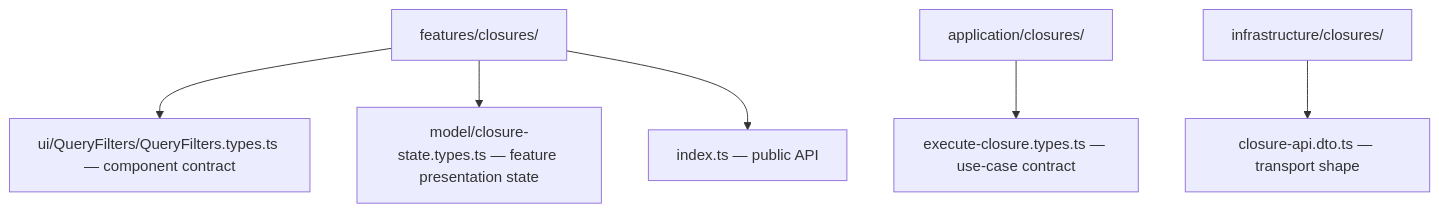
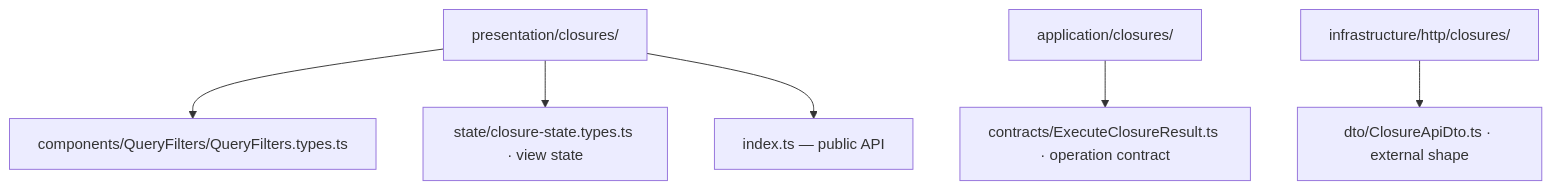
The third of 3 diagrams in foundations/module-boundaries-and-public-apis.md (AndresTaoFlorez/software-architecture), drawn with Mermaid before and after one commit. The commit also changed other lines of this file and 43 other files, not shown here.

````diff
--- a/foundations/module-boundaries-and-public-apis.md
+++ b/foundations/module-boundaries-and-public-apis.md
@@ -145,8 +139,8 @@
 ```mermaid
 flowchart TD
-    F["features/closures/"] --> FT["ui/QueryFilters/QueryFilters.types.ts — component contract"]
-    F --> FS["model/closure-state.types.ts — feature presentation state"]
+    F["presentation/closures/"] --> FT["components/QueryFilters/QueryFilters.types.ts"]
+    F --> FS["state/closure-state.types.ts · view state"]
     F --> FI["index.ts — public API"]
-    A["application/closures/"] --> AT["execute-closure.types.ts — use-case contract"]
-    I["infrastructure/closures/"] --> IT["closure-api.dto.ts — transport shape"]
+    A["application/closures/"] --> AT["contracts/ExecuteClosureResult.ts · operation contract"]
+    I["infrastructure/http/closures/"] --> IT["dto/ClosureApiDto.ts · external shape"]
 ```
````
